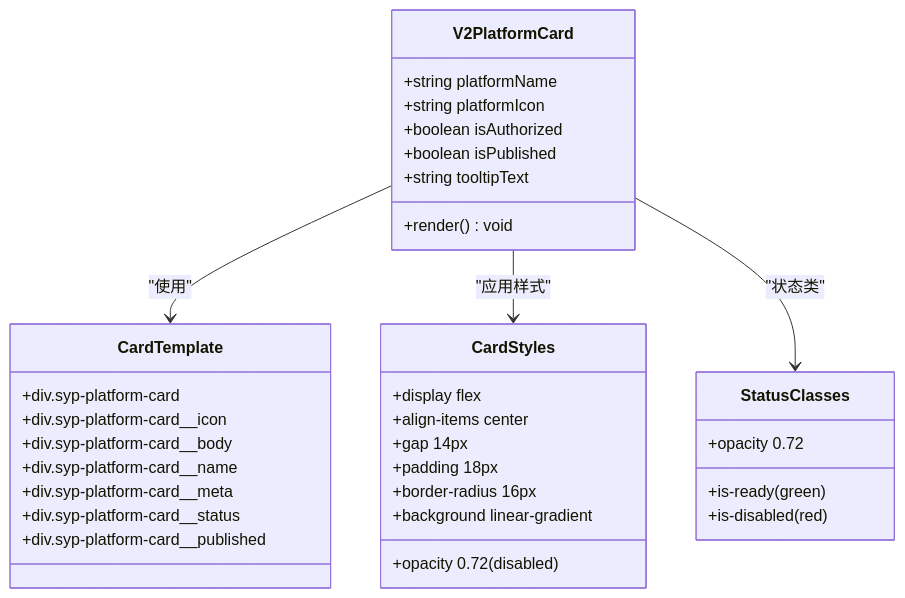
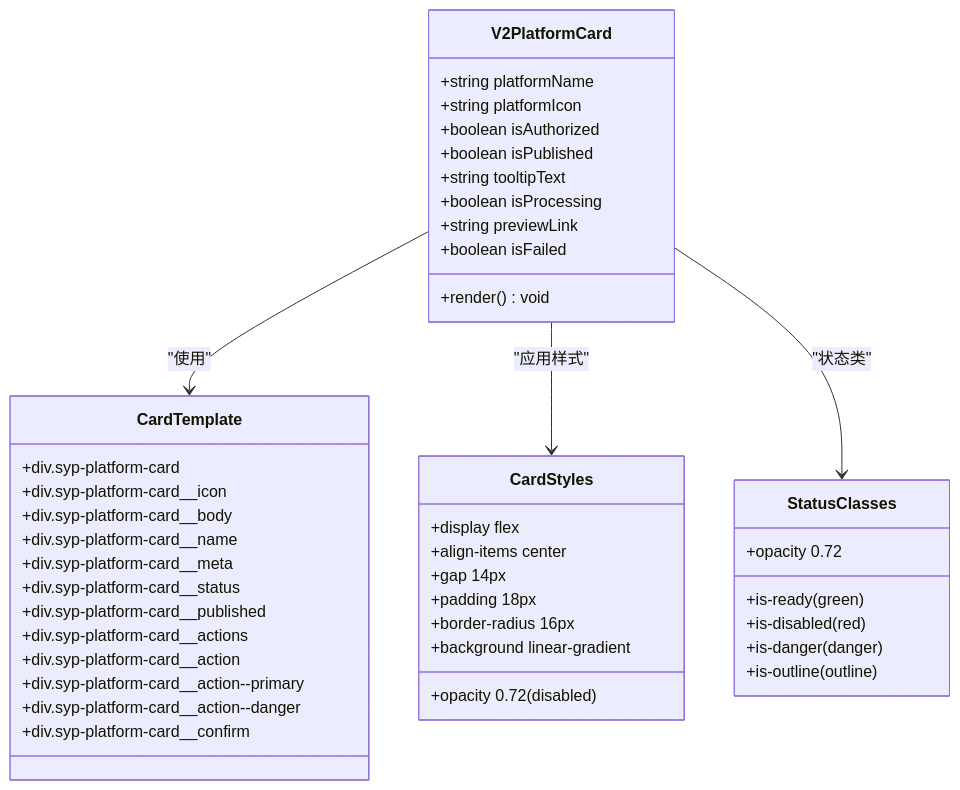
The third of 12 diagrams in .qoder/repowiki/zh/content/用户界面组件/发布组件/V2 平台卡片组件.md (terwer/siyuan-plugin-publisher), drawn with Mermaid before and after one commit. The commit also changed other lines of this file and 16 other files, not shown here.

````diff
--- a/.qoder/repowiki/zh/content/用户界面组件/发布组件/V2 平台卡片组件.md
+++ b/.qoder/repowiki/zh/content/用户界面组件/发布组件/V2 平台卡片组件.md
@@ -173,37 +189,47 @@
 ```mermaid
 classDiagram
 class V2PlatformCard {
 +string platformName
 +string platformIcon
 +boolean isAuthorized
 +boolean isPublished
 +string tooltipText
++boolean isProcessing
++string previewLink
++boolean isFailed
 +render() void
 }
 class CardTemplate {
 +div.syp-platform-card
 +div.syp-platform-card__icon
 +div.syp-platform-card__body
 +div.syp-platform-card__name
 +div.syp-platform-card__meta
 +div.syp-platform-card__status
 +div.syp-platform-card__published
++div.syp-platform-card__actions
++div.syp-platform-card__action
++div.syp-platform-card__action--primary
++div.syp-platform-card__action--danger
++div.syp-platform-card__confirm
 }
 class CardStyles {
 +display flex
 +align-items center
 +gap 14px
 +padding 18px
 +border-radius 16px
 +background linear-gradient
 +opacity 0.72 (disabled)
 }
 class StatusClasses {
 +is-ready (green)
 +is-disabled (red)
++is-danger (danger)
++is-outline (outline)
 +opacity 0.72
 }
 V2PlatformCard --> CardTemplate : "使用"
 V2PlatformCard --> CardStyles : "应用样式"
 V2PlatformCard --> StatusClasses : "状态类"
 ```
````
